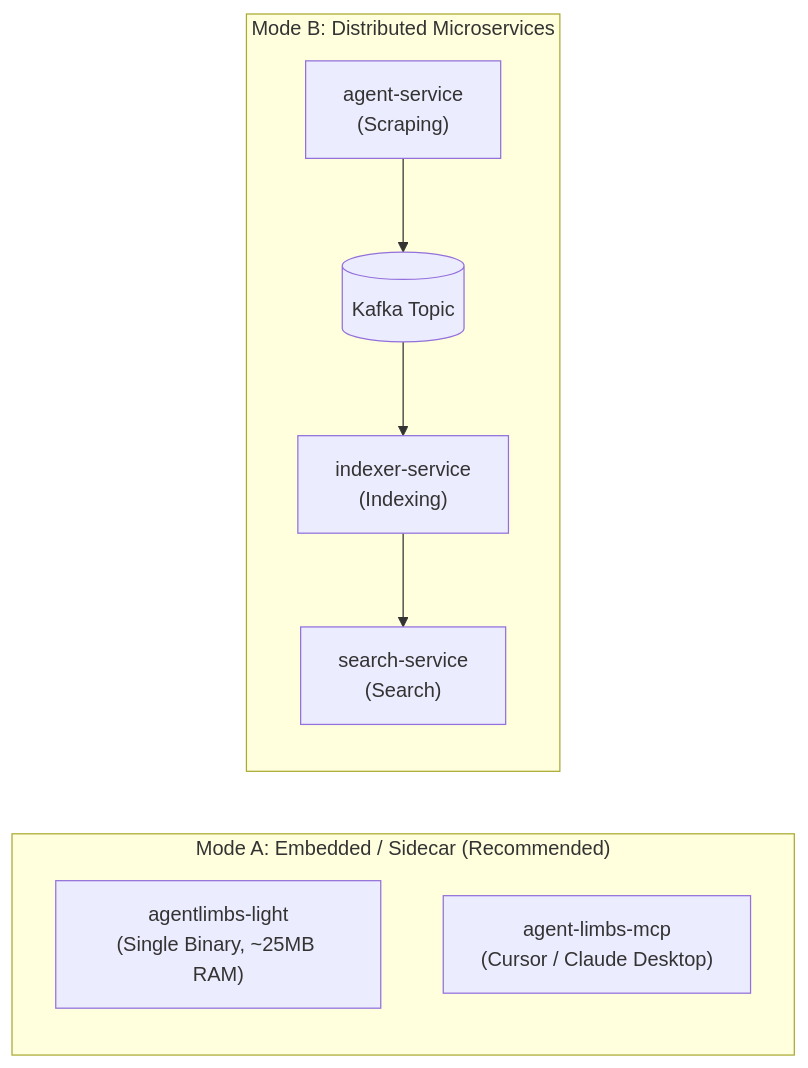
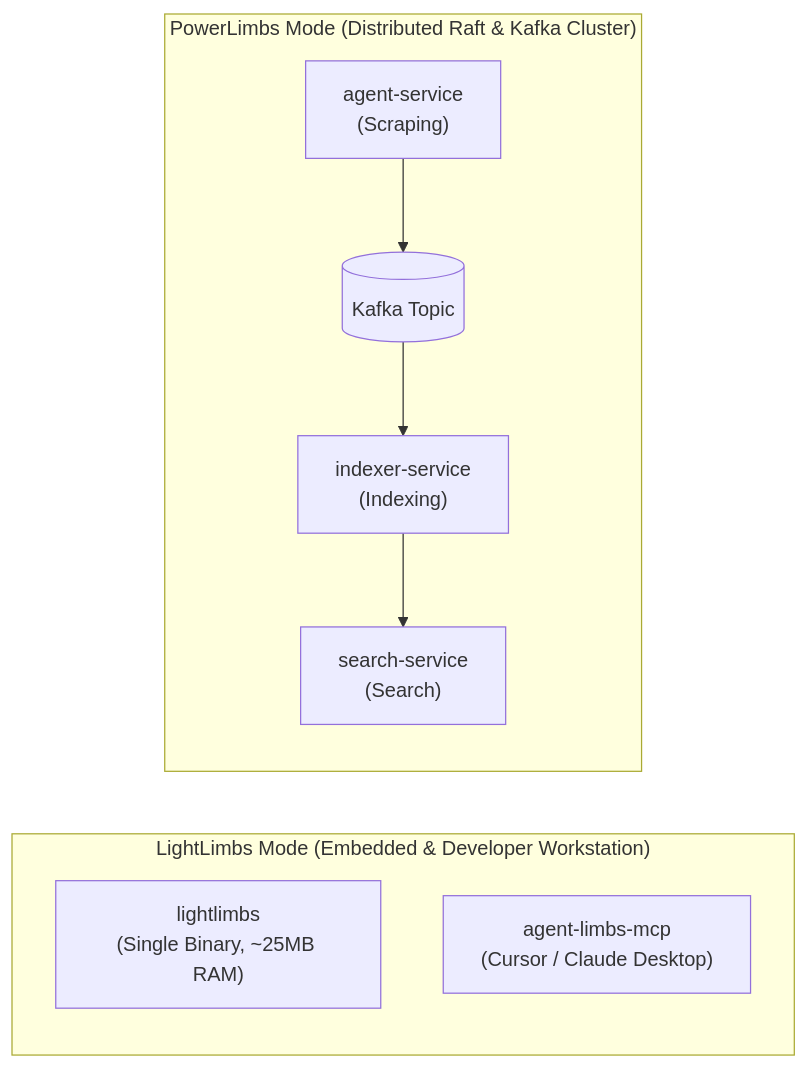
Before and after one commit to anishraj836/AgentLimbs: the diagram in README.md, drawn with Mermaid. The commit also changed other lines of this file and 11 other files, not shown here.

Commit message:
feat(branding): rename agentlimbs-light to LightLimbs and define PowerLimbs distributed architecture

````diff
--- a/README.md
+++ b/README.md
@@ -616,13 +636,13 @@
 ```mermaid
 graph LR
-    subgraph SingleBinary ["Mode A: Embedded / Sidecar (Recommended)"]
-        L1["agentlimbs-light\n(Single Binary, ~25MB RAM)"]
+    subgraph SingleBinary ["LightLimbs Mode (Embedded & Developer Workstation)"]
+        L1["lightlimbs\n(Single Binary, ~25MB RAM)"]
         M1["agent-limbs-mcp\n(Cursor / Claude Desktop)"]
     end
 
-    subgraph Distributed ["Mode B: Distributed Microservices"]
+    subgraph Distributed ["PowerLimbs Mode (Distributed Raft & Kafka Cluster)"]
         A1["agent-service\n(Scraping)"] --> K1[("Kafka Topic")]
         K1 --> I1["indexer-service\n(Indexing)"]
         I1 --> S1["search-service\n(Search)"]
     end
 ```
````
